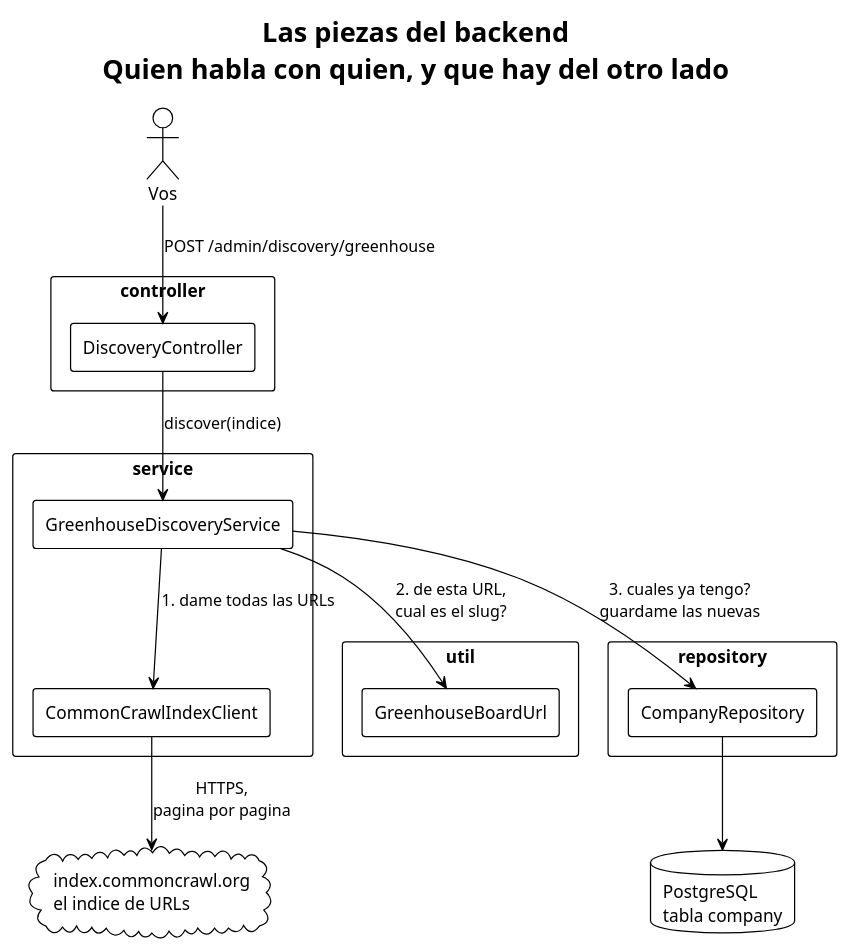
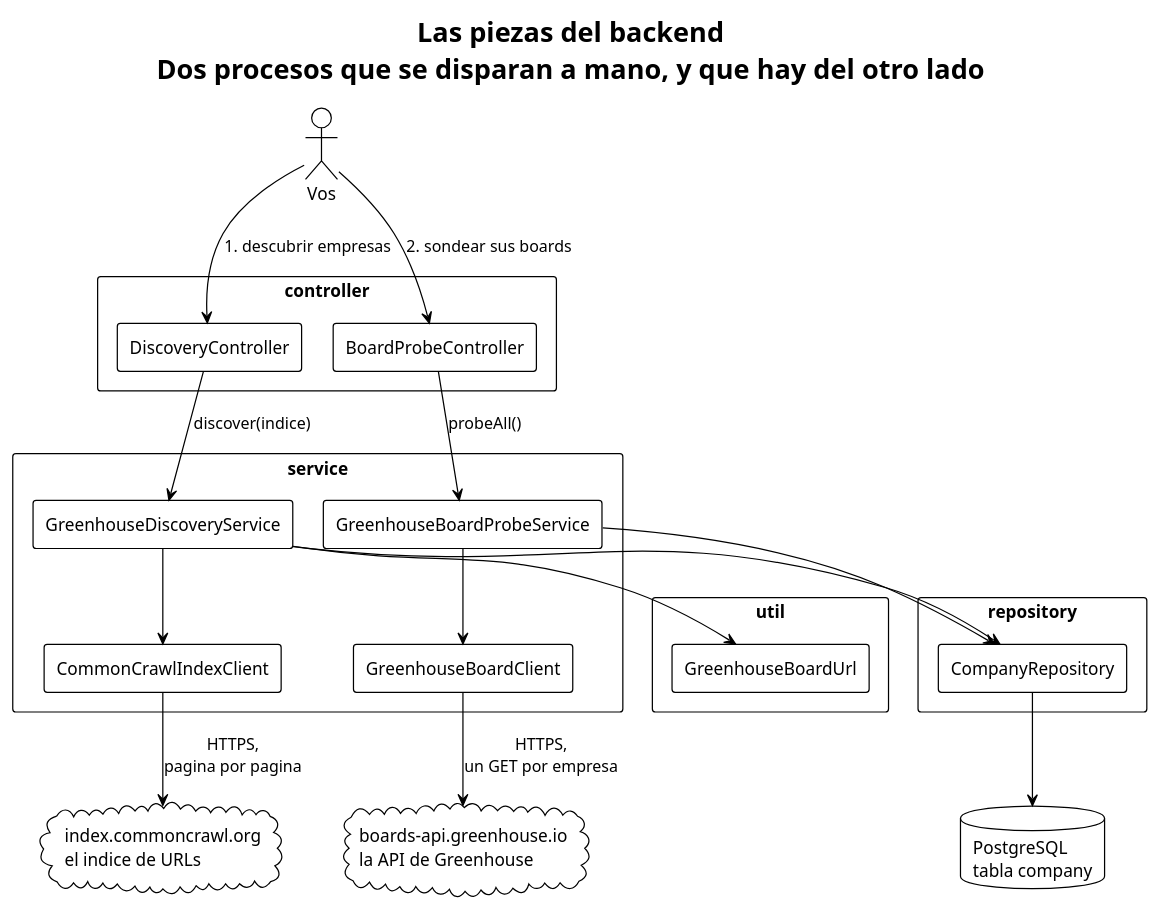
The diagram in docs/para-humanos/diagramas/panorama.puml (EliasNAires/oneprofile), drawn with PlantUML before and after one commit. The commit also changed 9 other files, not shown here.

```diff
--- a/docs/para-humanos/diagramas/panorama.puml
+++ b/docs/para-humanos/diagramas/panorama.puml
@@ -1,40 +1,52 @@
 @startuml panorama
 !theme plain
-title Las piezas del backend\nQuien habla con quien, y que hay del otro lado
+title Las piezas del backend\nDos procesos que se disparan a mano, y que hay del otro lado
 
 skinparam componentStyle rectangle
 skinparam shadowing false
 skinparam nodesep 25
 skinparam ranksep 45
 
 actor "Vos" as you
 
 rectangle "controller" {
   [DiscoveryController] as ctrl
+  [BoardProbeController] as probeCtrl
 }
 
 rectangle "service" {
   [GreenhouseDiscoveryService] as svc
   [CommonCrawlIndexClient] as client
+  [GreenhouseBoardProbeService] as probeSvc
+  [GreenhouseBoardClient] as boardClient
 }
 
 rectangle "util" {
   [GreenhouseBoardUrl] as url
 }
 
 rectangle "repository" {
   [CompanyRepository] as repo
 }
 
 cloud "index.commoncrawl.org\nel indice de URLs" as cc
+cloud "boards-api.greenhouse.io\nla API de Greenhouse" as gh
 database "PostgreSQL\ntabla company" as db
 
-you --> ctrl : POST /admin/discovery/greenhouse
+you --> ctrl : 1. descubrir empresas
+you --> probeCtrl : 2. sondear sus boards
+
 ctrl --> svc : discover(indice)
-svc --> client : 1. dame todas las URLs
-svc --> url : 2. de esta URL,\ncual es el slug?
-svc --> repo : 3. cuales ya tengo?\nguardame las nuevas
+probeCtrl --> probeSvc : probeAll()
+
+svc --> client
+svc --> url
+svc --> repo
+probeSvc --> boardClient
+probeSvc --> repo
+
 client --> cc : HTTPS,\npagina por pagina
+boardClient --> gh : HTTPS,\nun GET por empresa
 repo --> db
 
 @enduml
```
